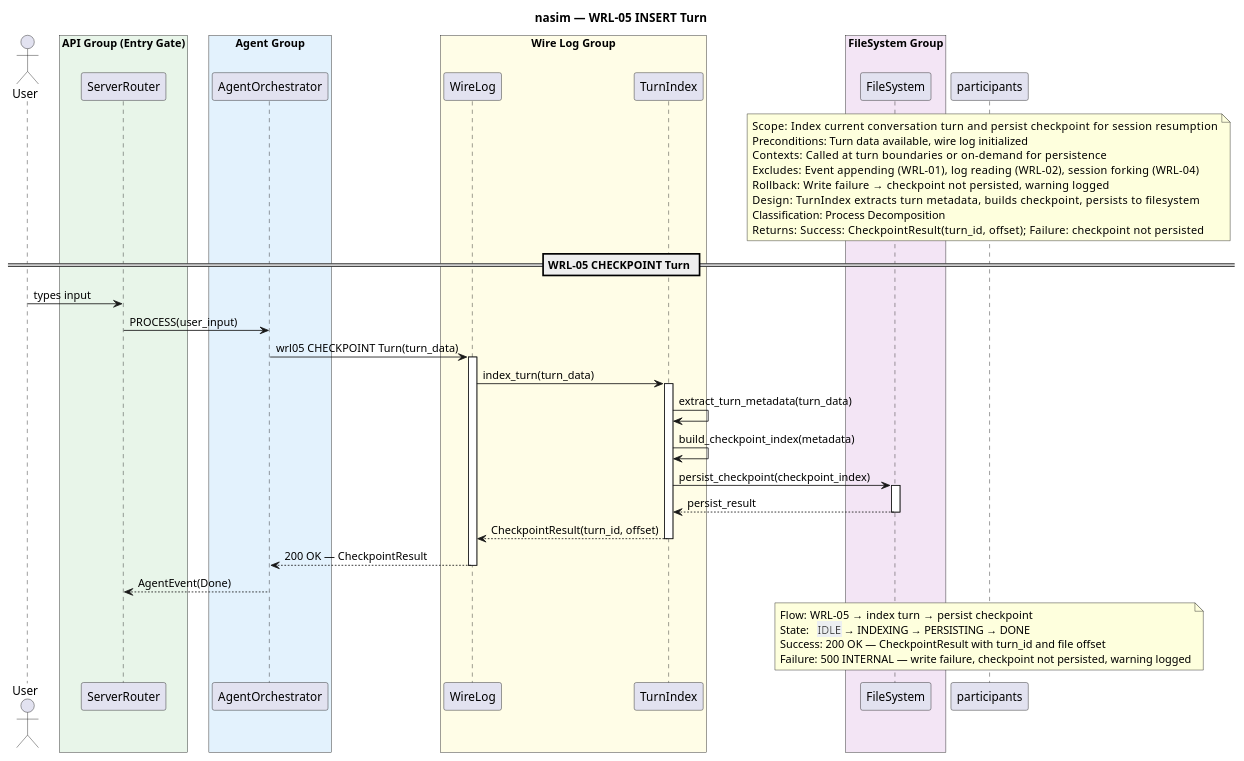
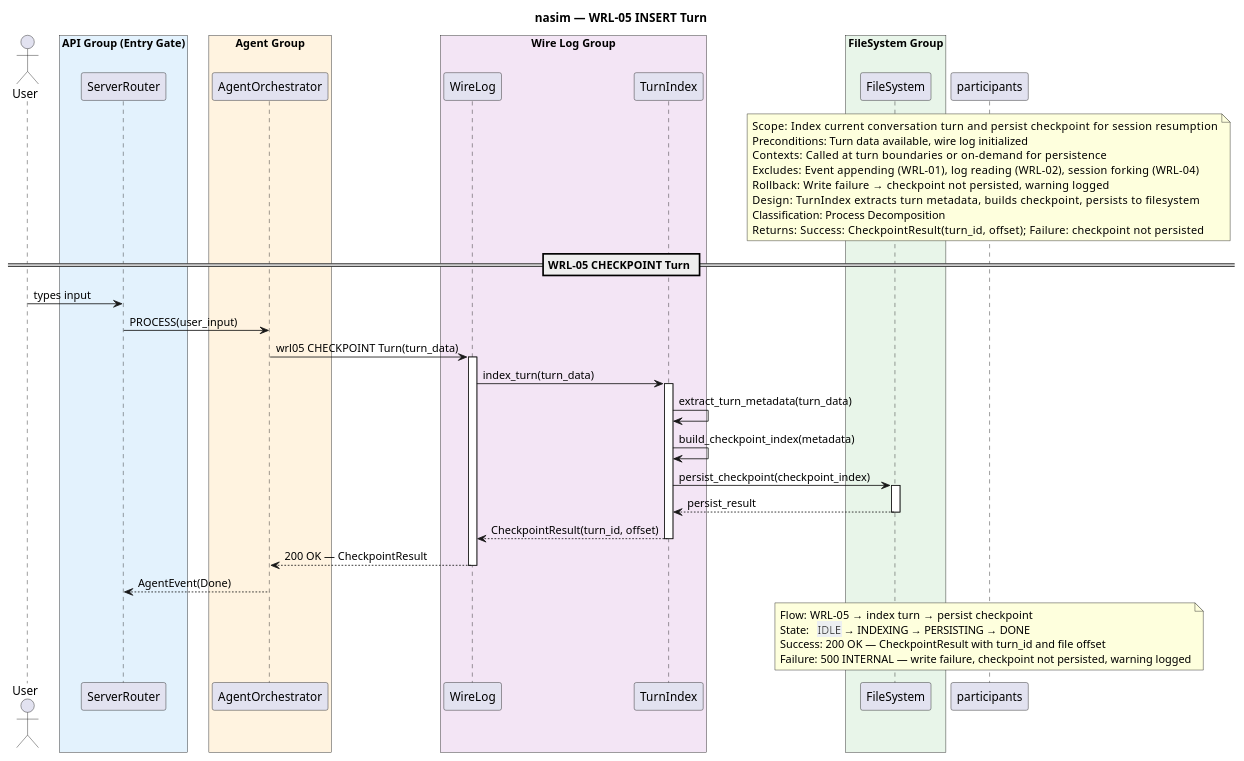
The diagram in docs/SQ/WRL/sq_wrl05_checkpoint_turn.puml (salimnamvar/nasim), drawn with PlantUML before and after one commit. The commit also changed 193 other files, not shown here.

First line of the commit message:
docs: Add role prompts and documentation for architectural refinement

```diff
--- a/docs/SQ/WRL/sq_wrl05_checkpoint_turn.puml
+++ b/docs/SQ/WRL/sq_wrl05_checkpoint_turn.puml
@@ -1,76 +1,76 @@
 @startuml sq_wrl05_checkpoint_turn
 ' ============================================================
 ' Title:     WRL-05 — CHECKPOINT Turn
 ' Boundary:  nasim code agent
 ' Purpose:   Index current turn and persist checkpoint for resumption
 ' Milestone: v1.0
 ' Version:   9.1.0
 ' Source:    CAR refinement loop — API-First transformation
 ' Review:    docs/SQ/README.md
 ' ============================================================
 
 title nasim — WRL-05 INSERT Turn
 
 actor "User" as user
 
-box "API Group (Entry Gate)" #E8F5E9
+box "API Group (Entry Gate)" #E3F2FD
   participant "ServerRouter" as router
 end box
-box "Agent Group" #E3F2FD
+box "Agent Group" #FFF3E0
   participant "AgentOrchestrator" as agent
 end box
-box "Wire Log Group" #FFFDE7
+box "Wire Log Group" #F3E5F5
   participant "WireLog" as wl
   participant "TurnIndex" as ti
 end box
-box "FileSystem Group" #F3E5F5
+box "FileSystem Group" #E8F5E9
   participant "FileSystem" as fs
 end box
 
 note over participants
   Scope:          Index current conversation turn and persist checkpoint for session resumption
   Preconditions:  Turn data available, wire log initialized
   Contexts:       Called at turn boundaries or on-demand for persistence
   Excludes:       Event appending (WRL-01), log reading (WRL-02), session forking (WRL-04)
   Rollback:       Write failure → checkpoint not persisted, warning logged
   Design:         TurnIndex extracts turn metadata, builds checkpoint, persists to filesystem
   Classification: Process Decomposition
   Returns:        Success: CheckpointResult(turn_id, offset); Failure: checkpoint not persisted
 end note
 
 == WRL-05 CHECKPOINT Turn ==
 
 user -> router : types input
 router -> agent : PROCESS(user_input)
 
 agent -> wl : wrl05 CHECKPOINT Turn(turn_data)
 activate wl
 
 wl -> ti : index_turn(turn_data)
 activate ti
 
 ti -> ti : extract_turn_metadata(turn_data)
 
 ti -> ti : build_checkpoint_index(metadata)
 
 ti -> fs : persist_checkpoint(checkpoint_index)
 activate fs
 fs --> ti : persist_result
 deactivate fs
 
 ti --> wl : CheckpointResult(turn_id, offset)
 deactivate ti
 
 wl --> agent : 200 OK — CheckpointResult
 deactivate wl
 
 agent --> router : AgentEvent(Done)
 
 note over participants
   Flow:    WRL-05 → index turn → persist checkpoint
   State:   <back:#ECEFF1>IDLE</back> → INDEXING → PERSISTING → DONE
   Success: 200 OK — CheckpointResult with turn_id and file offset
   Failure: 500 INTERNAL — write failure, checkpoint not persisted, warning logged
 end note
 
 @enduml
```
